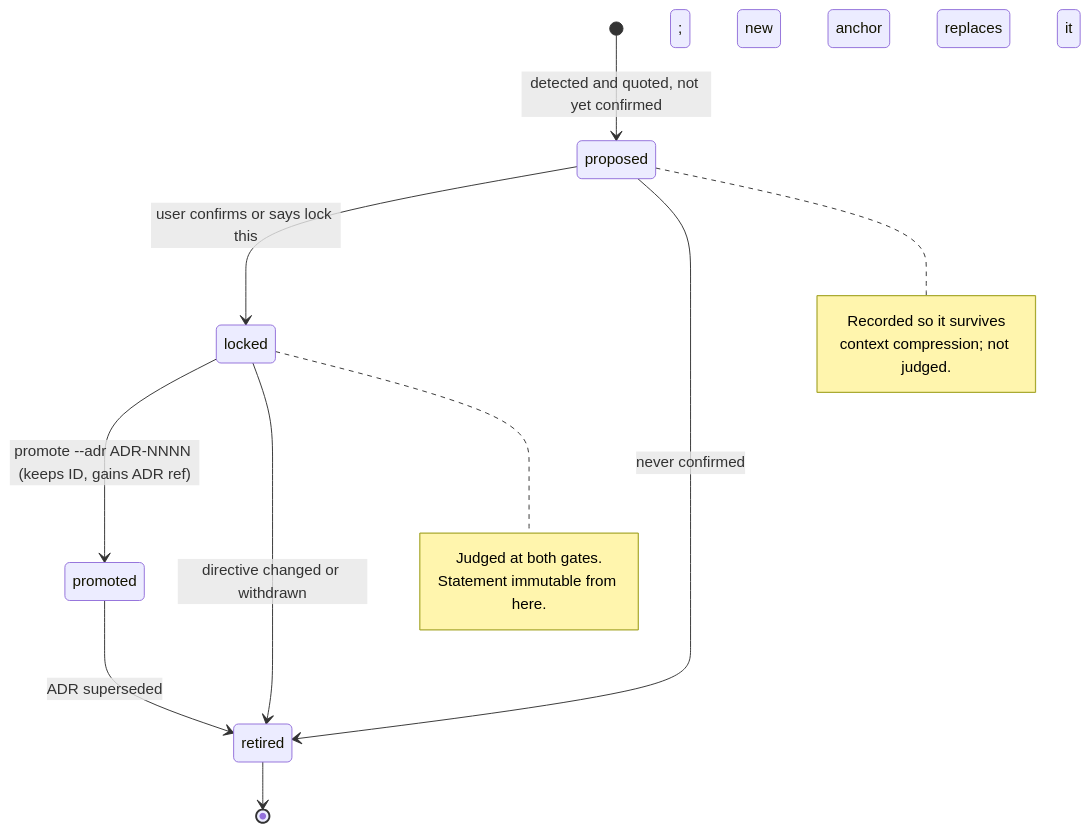
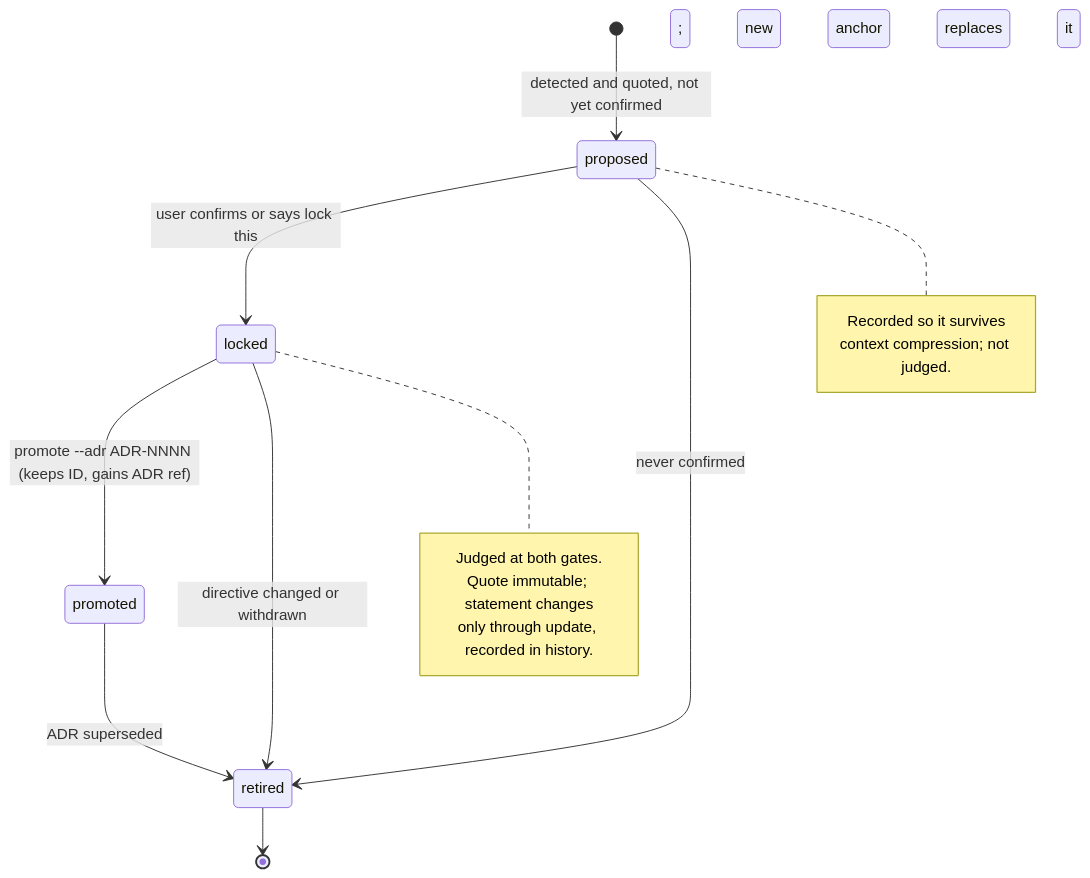
One commit to randlee/plan-anchor changed the fifth of 6 diagrams in docs/design/data-model-and-gating.md. Above: the diagram before and after it, drawn with Mermaid. The commit also changed other lines of this file and 4 other files, not shown here.

````diff
--- a/docs/design/data-model-and-gating.md
+++ b/docs/design/data-model-and-gating.md
@@ -190,19 +194,20 @@
 ```mermaid
 stateDiagram-v2
     [*] --> proposed : detected and quoted, not yet confirmed
     proposed --> locked : user confirms or says lock this
     proposed --> retired : never confirmed
     locked --> promoted : promote --adr ADR-NNNN (keeps ID, gains ADR ref)
     locked --> retired : directive changed or withdrawn; new anchor replaces it
     promoted --> retired : ADR superseded
     retired --> [*]
 
     note right of locked
         Judged at both gates.
-        Statement immutable from here.
+        Quote immutable; statement changes
+        only through update, recorded in history.
     end note
     note right of proposed
         Recorded so it survives
         context compression; not judged.
     end note
 ```
````
